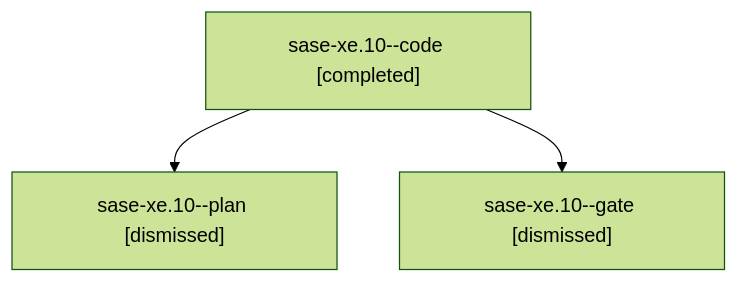
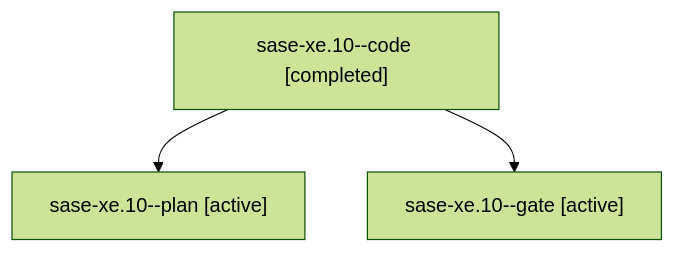
One commit to sase-org/sase--agents changed the diagram in families/bbugyi200.athena.sase-xe.10.md. Above: the diagram before and after it, drawn with Mermaid (forest theme). The commit also changed other lines of this file and 35830 other files, not shown here.

````diff
--- a/families/bbugyi200.athena.sase-xe.10.md
+++ b/families/bbugyi200.athena.sase-xe.10.md
@@ -9,8 +9,8 @@
 ```mermaid
 flowchart TD
   n0["sase-xe.10--code [completed]"]
-  n1["sase-xe.10--plan [dismissed]"]
+  n1["sase-xe.10--plan [active]"]
   n0 --> n1
-  n2["sase-xe.10--gate [dismissed]"]
+  n2["sase-xe.10--gate [active]"]
   n0 --> n2
 ```
````
